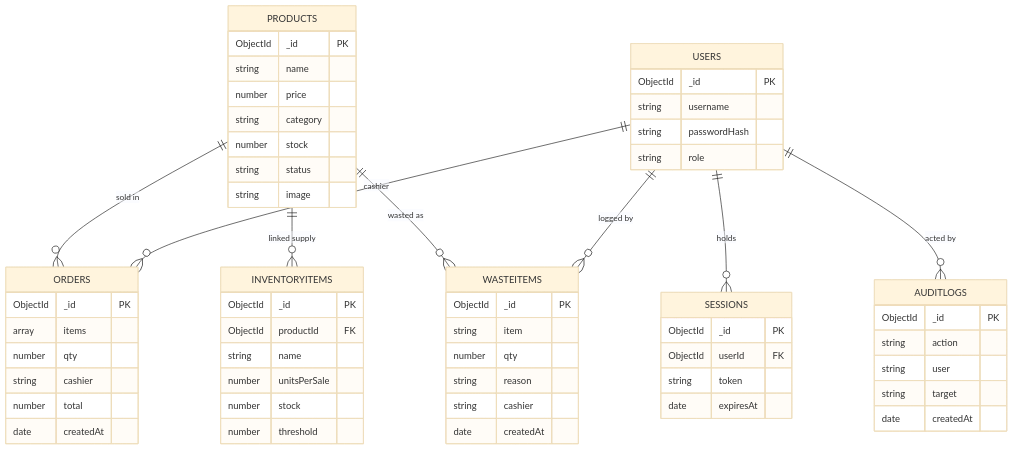
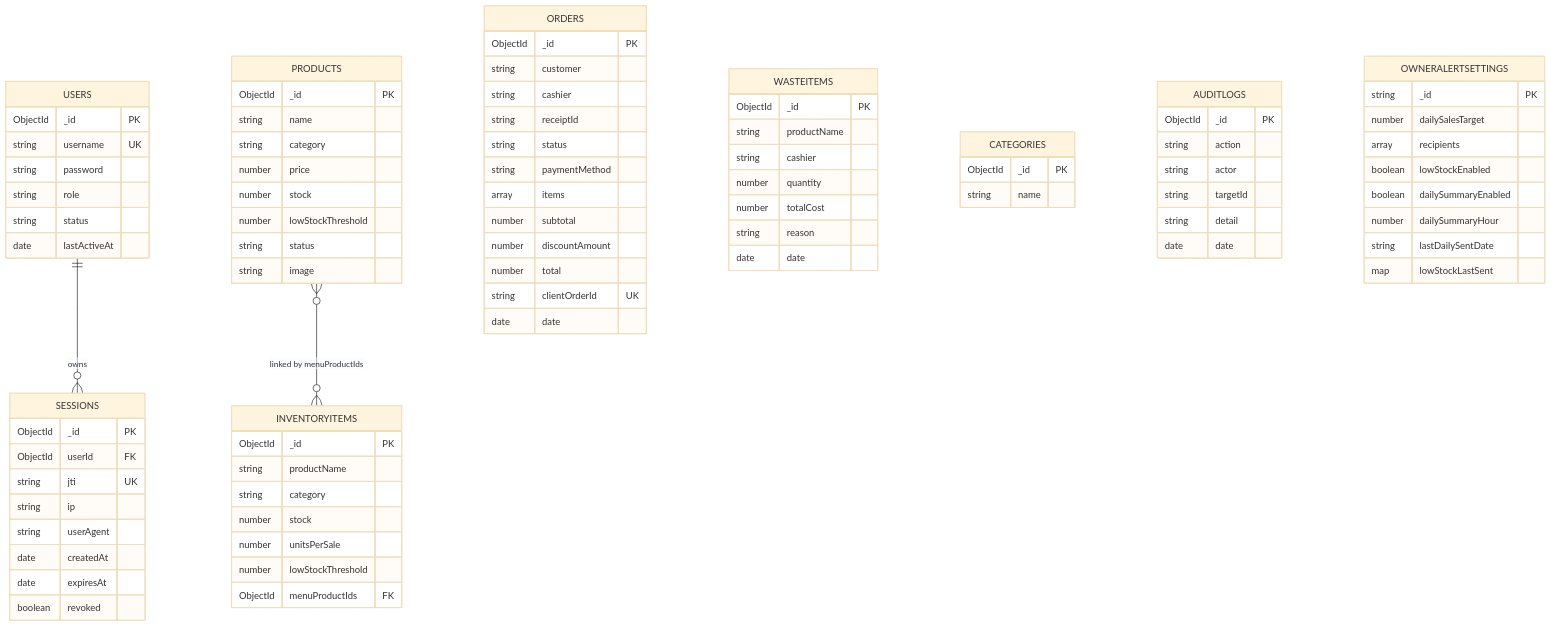
Before and after one commit to gypsy074/POS-SYSTEM-SEASON3: the diagram in docs/workflow/4-database-schema.mmd, drawn with Mermaid (base theme). The commit also changed 11 other files, not shown here.

First line of the commit message:
Update workflow diagrams and business docs

```diff
--- a/docs/workflow/4-database-schema.mmd
+++ b/docs/workflow/4-database-schema.mmd
@@ -1,61 +1,94 @@
 erDiagram
-    PRODUCTS ||--o{ ORDERS : "sold in"
-    PRODUCTS ||--o{ INVENTORYITEMS : "linked supply"
-    PRODUCTS ||--o{ WASTEITEMS : "wasted as"
-    USERS ||--o{ ORDERS : "cashier"
-    USERS ||--o{ WASTEITEMS : "logged by"
-    USERS ||--o{ SESSIONS : "holds"
-    USERS ||--o{ AUDITLOGS : "acted by"
+    USERS ||--o{ SESSIONS : "owns"
+    PRODUCTS }o--o{ INVENTORYITEMS : "linked by menuProductIds"
+
+    USERS {
+        ObjectId _id PK
+        string username UK
+        string password
+        string role
+        string status
+        date lastActiveAt
+    }
+
+    SESSIONS {
+        ObjectId _id PK
+        ObjectId userId FK
+        string jti UK
+        string ip
+        string userAgent
+        date createdAt
+        date expiresAt
+        boolean revoked
+    }
 
     PRODUCTS {
         ObjectId _id PK
         string name
+        string category
         number price
-        string category
         number stock
+        number lowStockThreshold
         string status
         string image
     }
+
     INVENTORYITEMS {
         ObjectId _id PK
-        ObjectId productId FK
-        string name
+        string productName
+        string category
+        number stock
         number unitsPerSale
-        number stock
-        number threshold
+        number lowStockThreshold
+        ObjectId menuProductIds FK
     }
+
     ORDERS {
         ObjectId _id PK
+        string customer
+        string cashier
+        string receiptId
+        string status
+        string paymentMethod
         array items
-        number qty
-        string cashier
+        number subtotal
+        number discountAmount
         number total
-        date createdAt
+        string clientOrderId UK
+        date date
     }
+
     WASTEITEMS {
         ObjectId _id PK
-        string item
-        number qty
+        string productName
+        string cashier
+        number quantity
+        number totalCost
         string reason
-        string cashier
-        date createdAt
+        date date
     }
-    USERS {
+
+    CATEGORIES {
         ObjectId _id PK
-        string username
-        string passwordHash
-        string role
+        string name
     }
-    SESSIONS {
-        ObjectId _id PK
-        ObjectId userId FK
-        string token
-        date expiresAt
-    }
+
     AUDITLOGS {
         ObjectId _id PK
         string action
-        string user
-        string target
-        date createdAt
+        string actor
+        string targetId
+        string detail
+        date date
     }
+
+    OWNERALERTSETTINGS {
+        string _id PK
+        number dailySalesTarget
+        array recipients
+        boolean lowStockEnabled
+        boolean dailySummaryEnabled
+        number dailySummaryHour
+        string lastDailySentDate
+        map lowStockLastSent
+    }
```
